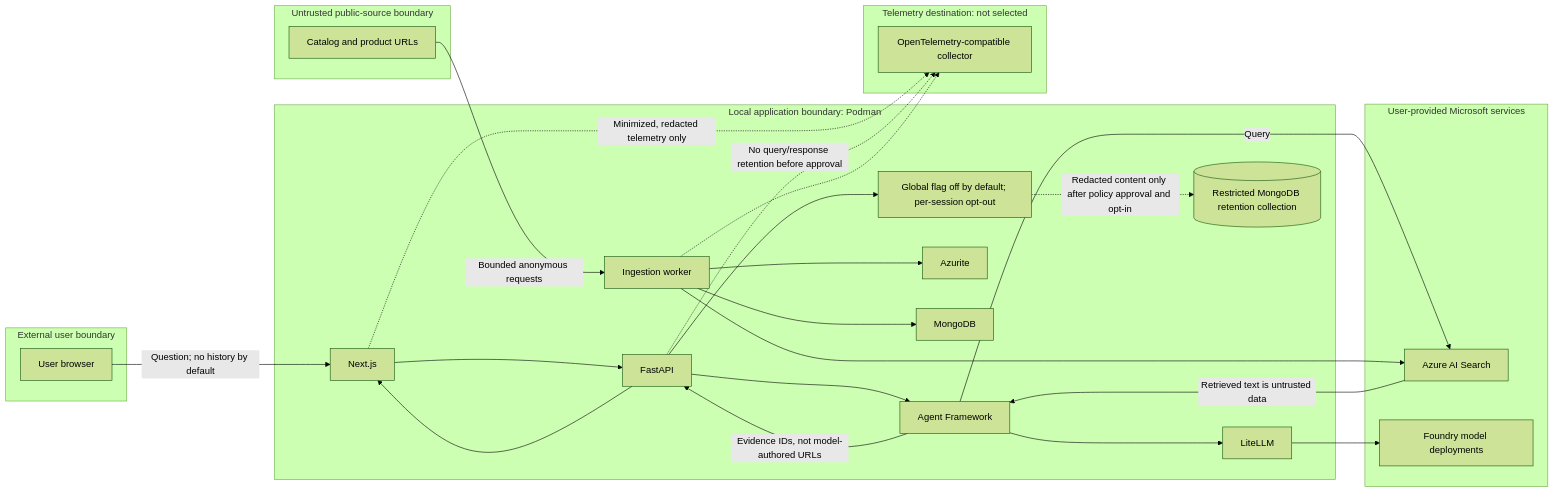
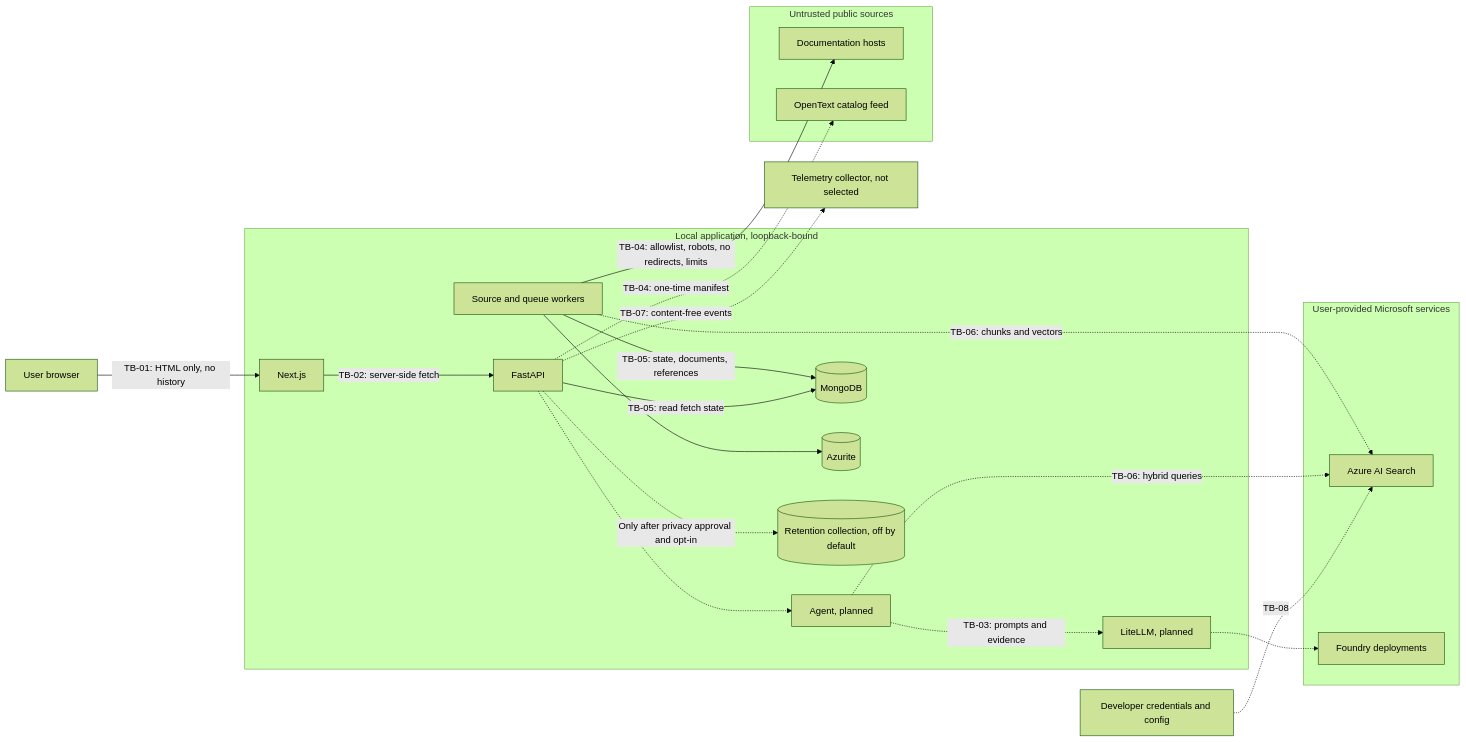
The eighth of 9 diagrams in docs/architecture/architecture-overview.md (ubk1004/product-support-agent), drawn with Mermaid (forest theme) before and after one commit. The commit also changed other lines of this file and 68 other files, not shown here.

````diff
--- a/docs/architecture/architecture-overview.md
+++ b/docs/architecture/architecture-overview.md
@@ -86,46 +337,44 @@
 ```mermaid
 flowchart LR
-    subgraph UserBoundary["External user boundary"]
-        Browser[User browser]
-    end
-    subgraph LocalBoundary["Local application boundary: Podman"]
+    Browser[User browser]
+
+    subgraph Local["Local application, loopback-bound"]
         UI[Next.js]
         API[FastAPI]
-        Agent[Agent Framework]
-        Worker[Ingestion worker]
-        Queue[Azurite]
-        Mongo[MongoDB]
-        Gateway[LiteLLM]
-        Retention[(Restricted MongoDB retention collection)]
-        RetentionGate[Global flag off by default; per-session opt-out]
-    end
-    subgraph OpenTextBoundary["Untrusted public-source boundary"]
-        Catalog[Catalog and product URLs]
-    end
-    subgraph MicrosoftBoundary["User-provided Microsoft services"]
-        Search[Azure AI Search]
-        Foundry[Foundry model deployments]
-    end
-    subgraph TelemetryBoundary["Telemetry destination: not selected"]
-        OTel[OpenTelemetry-compatible collector]
+        Agent["Agent, planned"]
+        Worker[Source and queue workers]
+        Mongo[(MongoDB)]
+        Queue[(Azurite)]
+        Gateway["LiteLLM, planned"]
+        Retention[("Retention collection, off by default")]
     end
 
-    Browser -->|Question; no history by default| UI
-    UI --> API
-    API --> Agent
-    API --> RetentionGate
-    RetentionGate -.->|Redacted content only after policy approval and opt-in| Retention
-    Agent -->|Query| Search
-    Search -->|Retrieved text is untrusted data| Agent
-    Agent --> Gateway
-    Gateway --> Foundry
-    Agent -->|Evidence IDs, not model-authored URLs| API
-    API --> UI
-    Catalog -->|Bounded anonymous requests| Worker
+    subgraph Public["Untrusted public sources"]
+        Docs[Documentation hosts]
+        Catalog[OpenText catalog feed]
+    end
+
+    subgraph Microsoft["User-provided Microsoft services"]
+        Search[Azure AI Search]
+        Foundry[Foundry deployments]
+    end
+
+    Telemetry["Telemetry collector, not selected"]
+    DevCreds["Developer credentials and config"]
+
+    Browser -->|"TB-01: HTML only, no history"| UI
+    UI -->|"TB-02: server-side fetch"| API
+    API -.-> Agent
+    Agent -.->|"TB-03: prompts and evidence"| Gateway
+    Gateway -.-> Foundry
+    Worker -->|"TB-04: allowlist, robots, no redirects, limits"| Docs
+    API -.->|"TB-04: one-time manifest"| Catalog
+    Worker -->|"TB-05: state, documents, references"| Mongo
     Worker --> Queue
-    Worker --> Mongo
-    Worker --> Search
-    UI -.->|Minimized, redacted telemetry only| OTel
-    API -.->|No query/response retention before approval| OTel
-    Worker -.-> OTel
+    API -->|"TB-05: read fetch state"| Mongo
+    Worker -.->|"TB-06: chunks and vectors"| Search
+    Agent -.->|"TB-06: hybrid queries"| Search
+    API -.->|"TB-07: content-free events"| Telemetry
+    API -.->|"Only after privacy approval and opt-in"| Retention
+    DevCreds -.->|"TB-08"| Search
 ```
````
